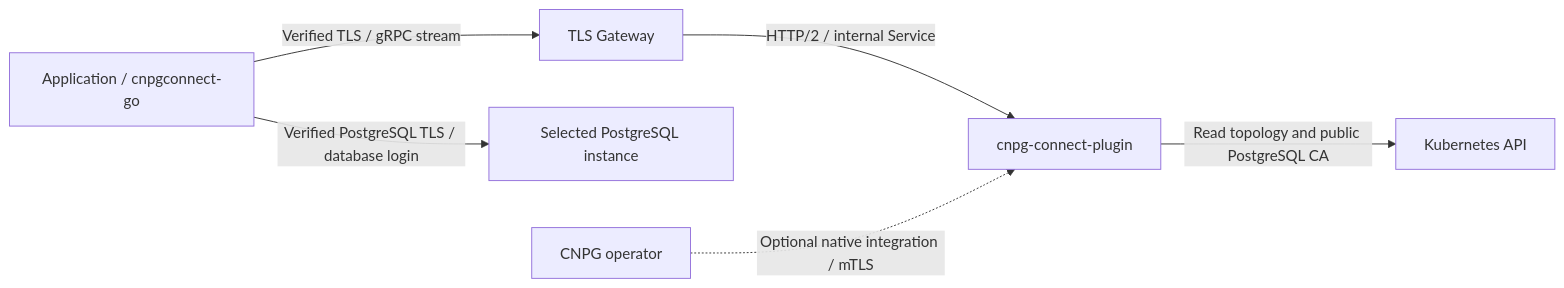
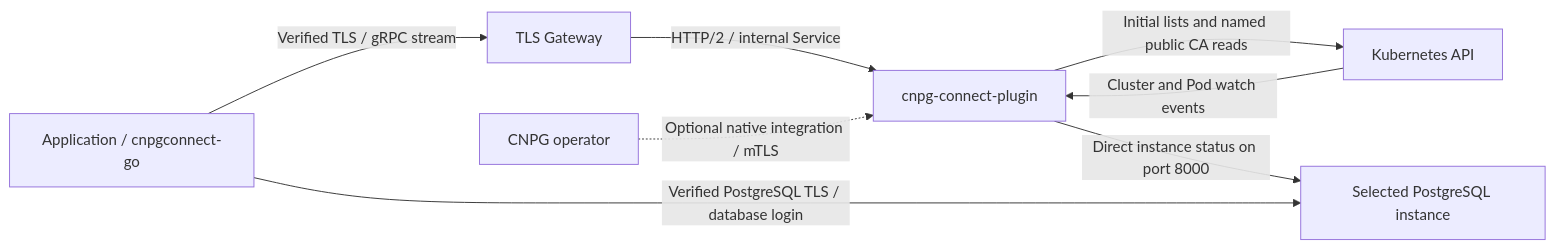
The diagram in README.md (nakiner/cnpg-connect-plugin), drawn with Mermaid before and after one commit. The commit also changed other lines of this file and 37 other files, not shown here.

````diff
--- a/README.md
+++ b/README.md
@@ -133,8 +135,10 @@
 ```mermaid
 flowchart LR
     A[Application / cnpgconnect-go] -->|Verified TLS / gRPC stream| G[TLS Gateway]
     G -->|HTTP/2 / internal Service| P[cnpg-connect-plugin]
-    P -->|Read topology and public PostgreSQL CA| K[Kubernetes API]
-    A -->|Verified PostgreSQL TLS / database login| D[Selected PostgreSQL instance]
+    K[Kubernetes API] -->|Cluster and Pod watch events| P
+    P -->|Initial lists and named public CA reads| K
+    P -->|Direct instance status on port 8000| D[Selected PostgreSQL instance]
+    A -->|Verified PostgreSQL TLS / database login| D
     O[CNPG operator] -.->|Optional native integration / mTLS| P
 ```
````
